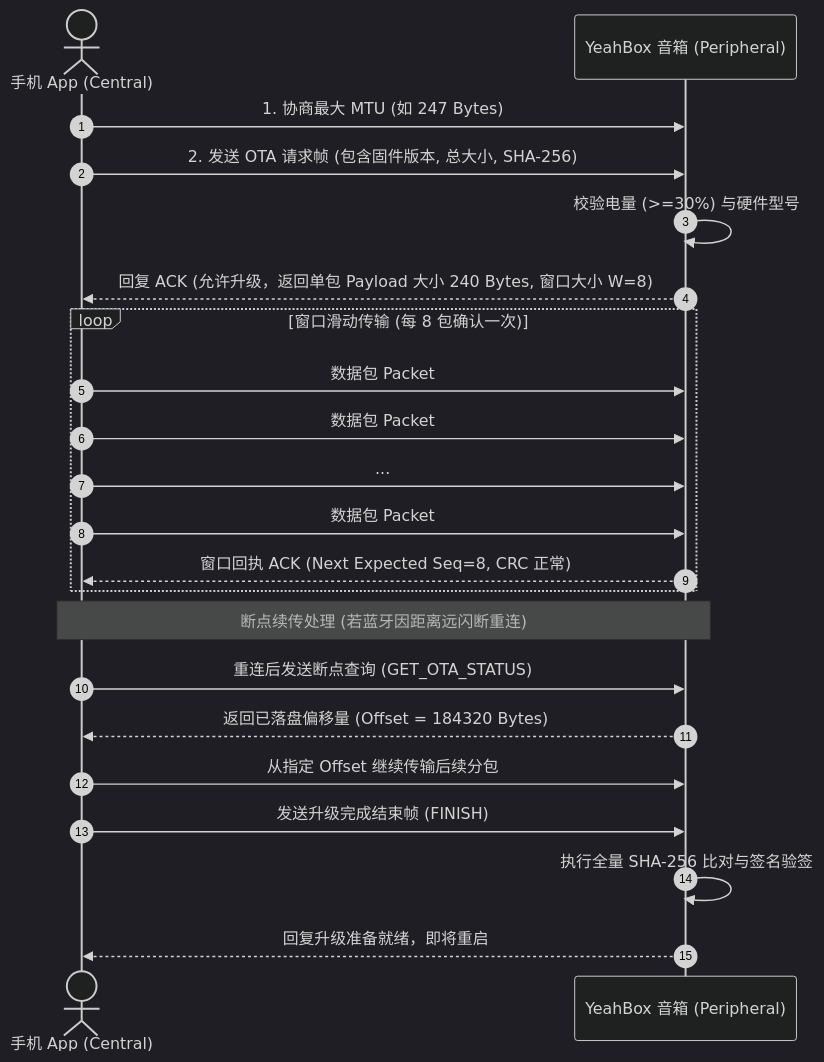
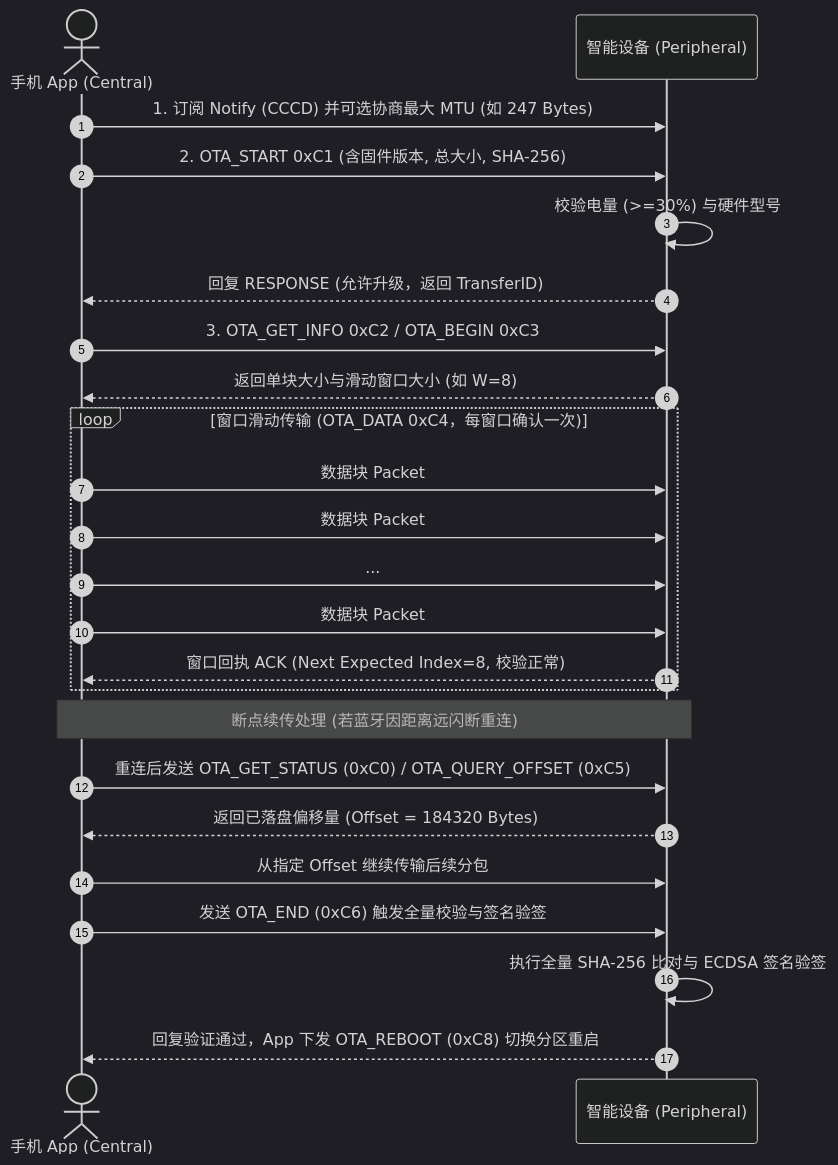
Before and after one commit to Grandboy1024/gb-project-guidelines: the second of 4 diagrams in 6. 工程质量与运维/OTA 固件升级与设备管理规范.md, drawn with Mermaid (dark theme). The commit also changed other lines of this file and 4 other files, not shown here.

````diff
--- a/6. 工程质量与运维/OTA 固件升级与设备管理规范.md
+++ b/6. 工程质量与运维/OTA 固件升级与设备管理规范.md
@@ -112,28 +113,30 @@
 ```mermaid
 sequenceDiagram
     autonumber
     actor App as 手机 App (Central)
-    participant Dev as YeahBox 音箱 (Peripheral)
+    participant Dev as 智能设备 (Peripheral)
 
-    App->>Dev: 1. 协商最大 MTU (如 247 Bytes)
-    App->>Dev: 2. 发送 OTA 请求帧 (包含固件版本, 总大小, SHA-256)
+    App->>Dev: 1. 订阅 Notify (CCCD) 并可选协商最大 MTU (如 247 Bytes)
+    App->>Dev: 2. OTA_START 0xC1 (含固件版本, 总大小, SHA-256)
     Dev->>Dev: 校验电量 (>=30%) 与硬件型号
-    Dev-->>App: 回复 ACK (允许升级，返回单包 Payload 大小 240 Bytes, 窗口大小 W=8)
+    Dev-->>App: 回复 RESPONSE (允许升级，返回 TransferID)
+    App->>Dev: 3. OTA_GET_INFO 0xC2 / OTA_BEGIN 0xC3
+    Dev-->>App: 返回单块大小与滑动窗口大小 (如 W=8)
     
-    loop 窗口滑动传输 (每 8 包确认一次)
-        App->>Dev: 数据包 Packet #1 (Seq=0)
-        App->>Dev: 数据包 Packet #2 (Seq=1)
+    loop 窗口滑动传输 (OTA_DATA 0xC4，每窗口确认一次)
+        App->>Dev: 数据块 Packet #1 (BlockIndex=0)
+        App->>Dev: 数据块 Packet #2 (BlockIndex=1)
         App->>Dev: ...
-        App->>Dev: 数据包 Packet #8 (Seq=7)
-        Dev-->>App: 窗口回执 ACK (Next Expected Seq=8, CRC 正常)
+        App->>Dev: 数据块 Packet #8 (BlockIndex=7)
+        Dev-->>App: 窗口回执 ACK (Next Expected Index=8, 校验正常)
     end
 
     Note over App, Dev: 断点续传处理 (若蓝牙因距离远闪断重连)
-    App->>Dev: 重连后发送断点查询 (GET_OTA_STATUS)
+    App->>Dev: 重连后发送 OTA_GET_STATUS (0xC0) / OTA_QUERY_OFFSET (0xC5)
     Dev-->>App: 返回已落盘偏移量 (Offset = 184320 Bytes)
     App->>Dev: 从指定 Offset 继续传输后续分包
 
-    App->>Dev: 发送升级完成结束帧 (FINISH)
-    Dev->>Dev: 执行全量 SHA-256 比对与签名验签
-    Dev-->>App: 回复升级准备就绪，即将重启
+    App->>Dev: 发送 OTA_END (0xC6) 触发全量校验与签名验签
+    Dev->>Dev: 执行全量 SHA-256 比对与 ECDSA 签名验签
+    Dev-->>App: 回复验证通过，App 下发 OTA_REBOOT (0xC8) 切换分区重启
 ```
````
